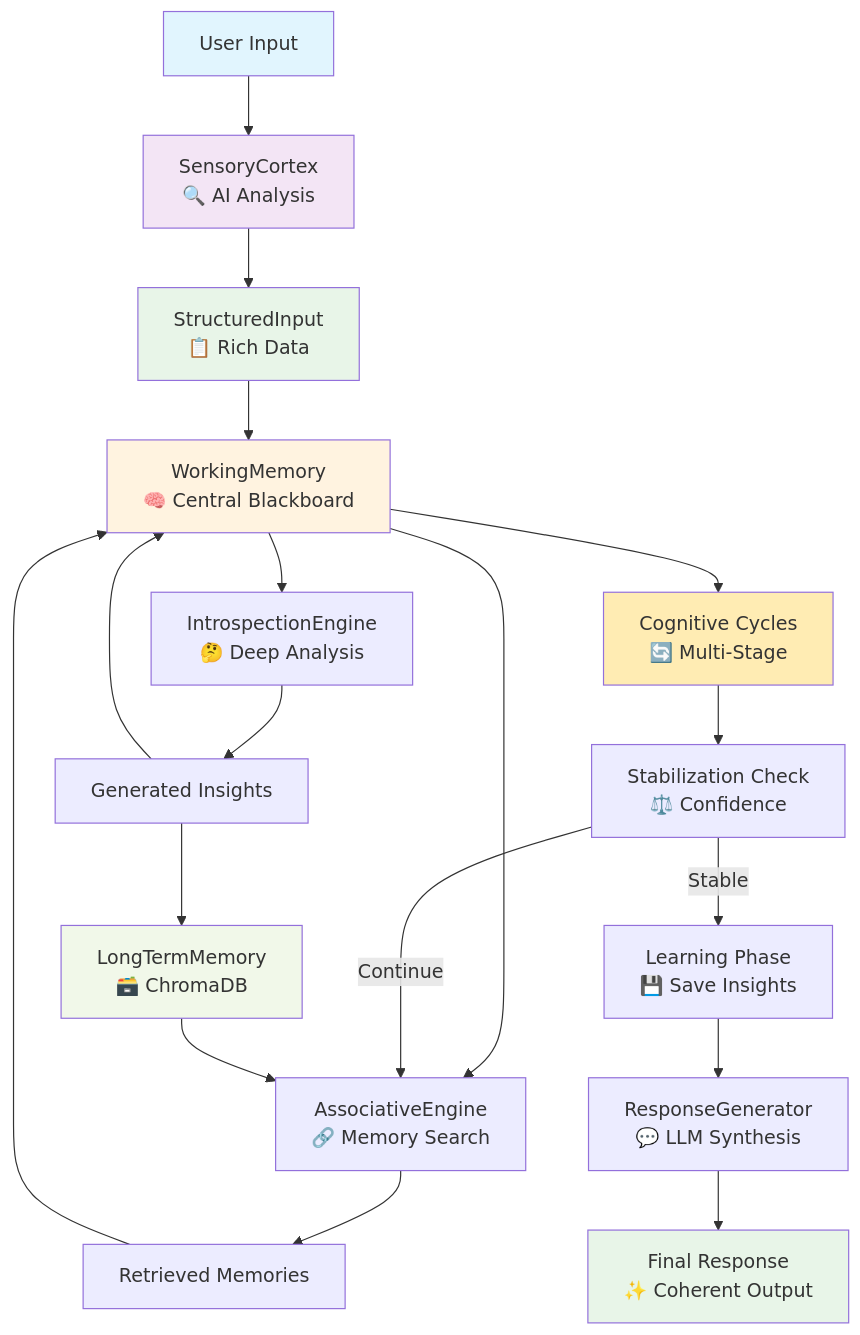
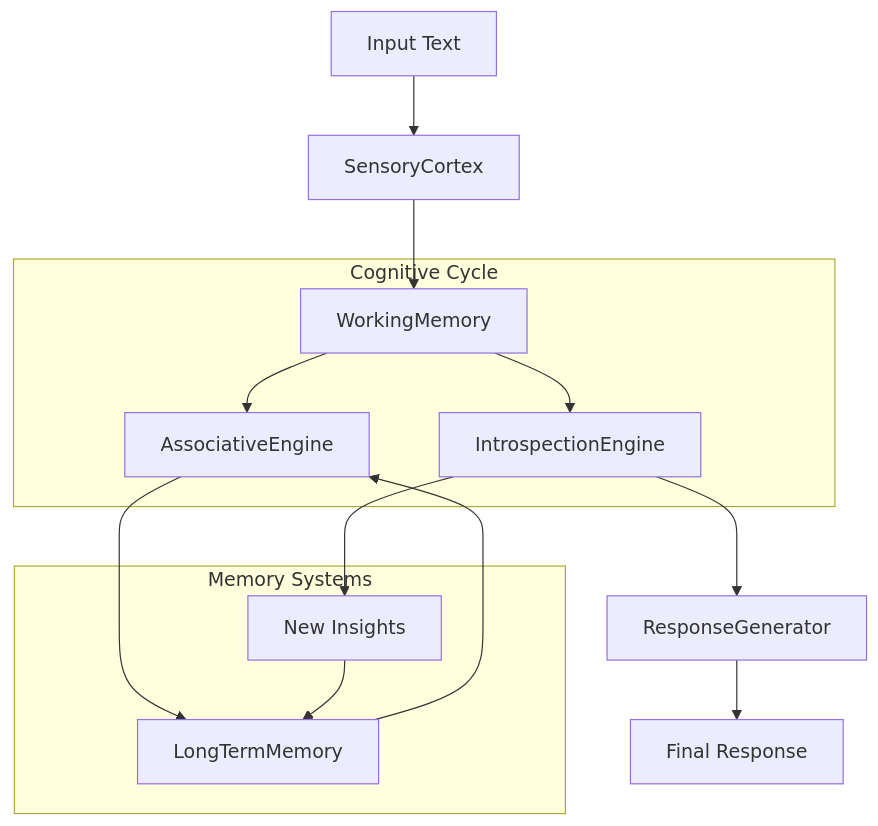
One commit to netsky-devel/Metacognitive-Engine-AI-Consciousness-Simulation changed the diagram in README.md. Above: the diagram before and after it, drawn with Mermaid. The commit also changed other lines of this file and 17 other files, not shown here.

````diff
--- a/README.md
+++ b/README.md
@@ -17,35 +13,24 @@
 ```mermaid
-graph TD
-    A["User Input"] --> B["SensoryCortex<br/>🔍 AI Analysis"]
-    B --> C["StructuredInput<br/>📋 Rich Data"]
-    C --> D["WorkingMemory<br/>🧠 Central Blackboard"]
+graph TB
+    A[Input Text] --> B[SensoryCortex]
+    B --> C[WorkingMemory]
+    C --> D[AssociativeEngine]
+    C --> E[IntrospectionEngine]
+    D --> F[LongTermMemory]
+    E --> G[ResponseGenerator]
+    F --> D
+    E --> H[New Insights]
+    H --> F
+    G --> I[Final Response]
     
-    D --> E["AssociativeEngine<br/>🔗 Memory Search"]
-    D --> F["IntrospectionEngine<br/>🤔 Deep Analysis"]
+    subgraph "Cognitive Cycle"
+        C
+        D
+        E
+    end
     
-    E --> G["Retrieved Memories"]
-    F --> H["Generated Insights"]
-    
-    G --> D
-    H --> D
-    
-    D --> I["Cognitive Cycles<br/>🔄 Multi-Stage"]
-    I --> J["Stabilization Check<br/>⚖️ Confidence"]
-    
-    J -->|Continue| E
-    J -->|Stable| K["Learning Phase<br/>💾 Save Insights"]
-    
-    K --> L["ResponseGenerator<br/>💬 LLM Synthesis"]
-    L --> M["Final Response<br/>✨ Coherent Output"]
-    
-    N["LongTermMemory<br/>🗃️ ChromaDB"] --> E
-    H --> N
-    
-    style A fill:#e1f5fe
-    style B fill:#f3e5f5
-    style C fill:#e8f5e8
-    style D fill:#fff3e0
-    style I fill:#ffecb3
-    style M fill:#e8f5e8
-    style N fill:#f1f8e9
+    subgraph "Memory Systems"
+        F
+        H
+    end
 ```
````
